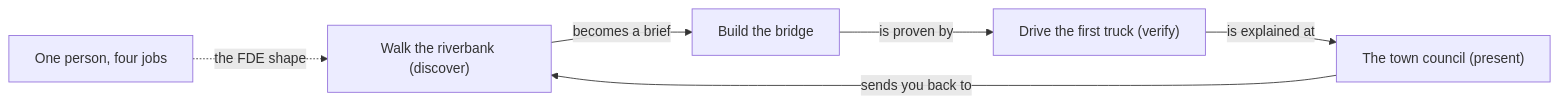
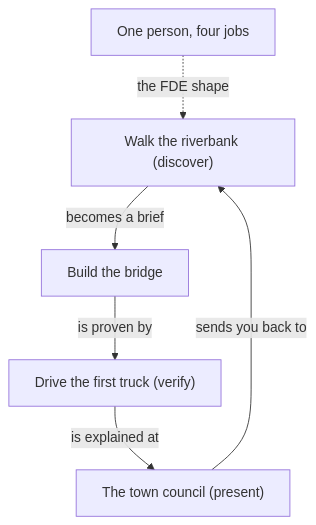
The diagram in notes/1-1-what-does-an-fde-do.md (SnowballHQ/agent-school), drawn with Mermaid before and after one commit. The commit also changed 2 other files, not shown here.

Commit message:
fix: mermaid edge-label quoting

````diff
--- a/notes/1-1-what-does-an-fde-do.md
+++ b/notes/1-1-what-does-an-fde-do.md
@@ -34,8 +34,8 @@
 ```mermaid
-flowchart LR
+flowchart TD
     W["Walk the riverbank (discover)"] -->|becomes a brief| B["Build the bridge"]
     B -->|is proven by| T["Drive the first truck (verify)"]
     T -->|is explained at| C["The town council (present)"]
     C -->|sends you back to| W
     P["One person, four jobs"] -.->|the FDE shape| W
 ```
````
